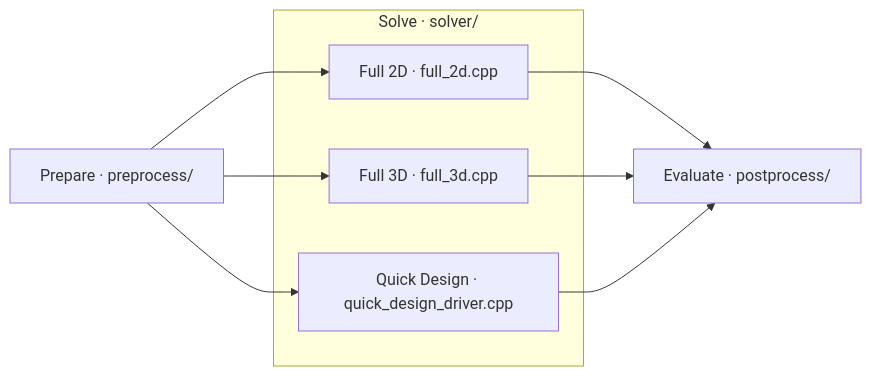
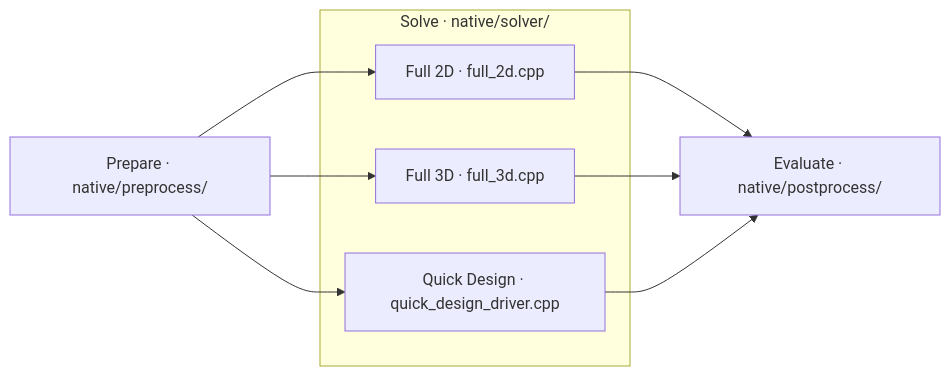
The diagram in README.en.md (alexlu997/SJTU-TPMSHX-TM1), drawn with Mermaid before and after one commit. The commit also changed other lines of this file and 289 other files, not shown here.

````diff
--- a/README.en.md
+++ b/README.en.md
@@ -9,13 +9,13 @@
 ```mermaid
 flowchart LR
-    prep["Prepare · preprocess/"]
-    subgraph sol["Solve · solver/"]
+    prep["Prepare · native/preprocess/"]
+    subgraph sol["Solve · native/solver/"]
         d2["Full 2D · full_2d.cpp"]
         d3["Full 3D · full_3d.cpp"]
         q["Quick Design · quick_design_driver.cpp"]
     end
-    result["Evaluate · postprocess/"]
+    result["Evaluate · native/postprocess/"]
     prep --> d2 --> result
     prep --> d3 --> result
     prep --> q --> result
 ```
````
